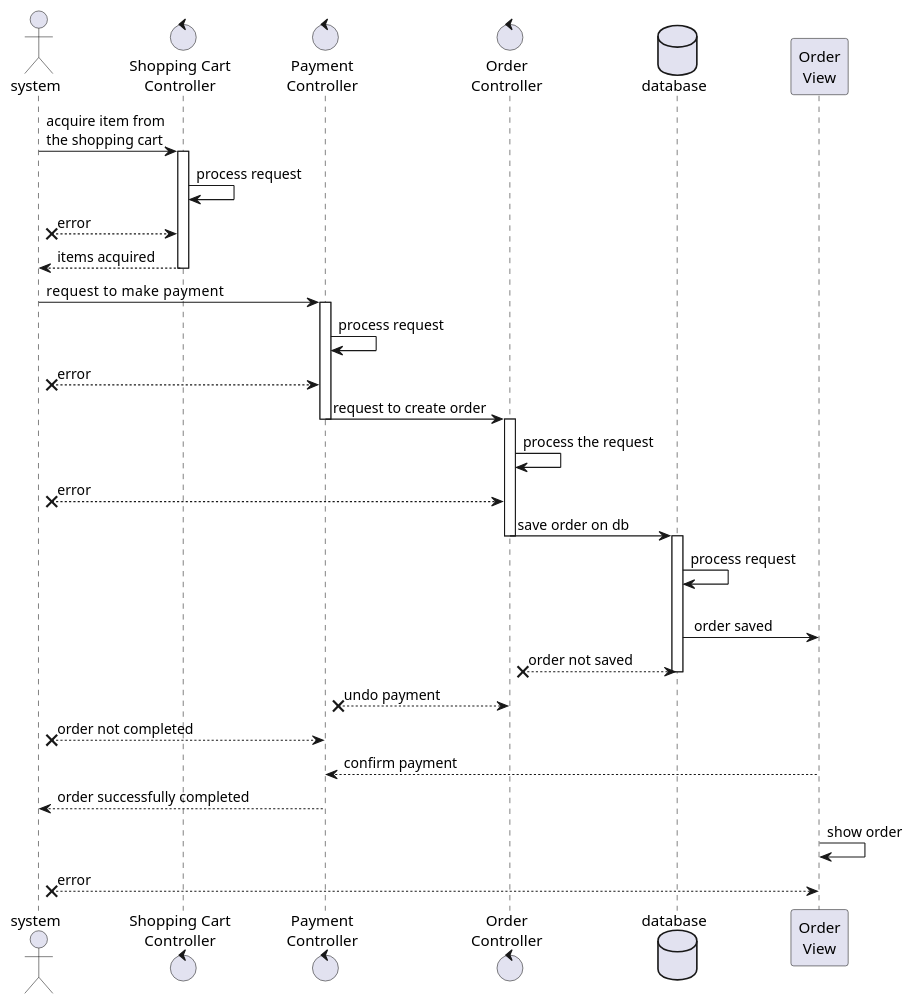
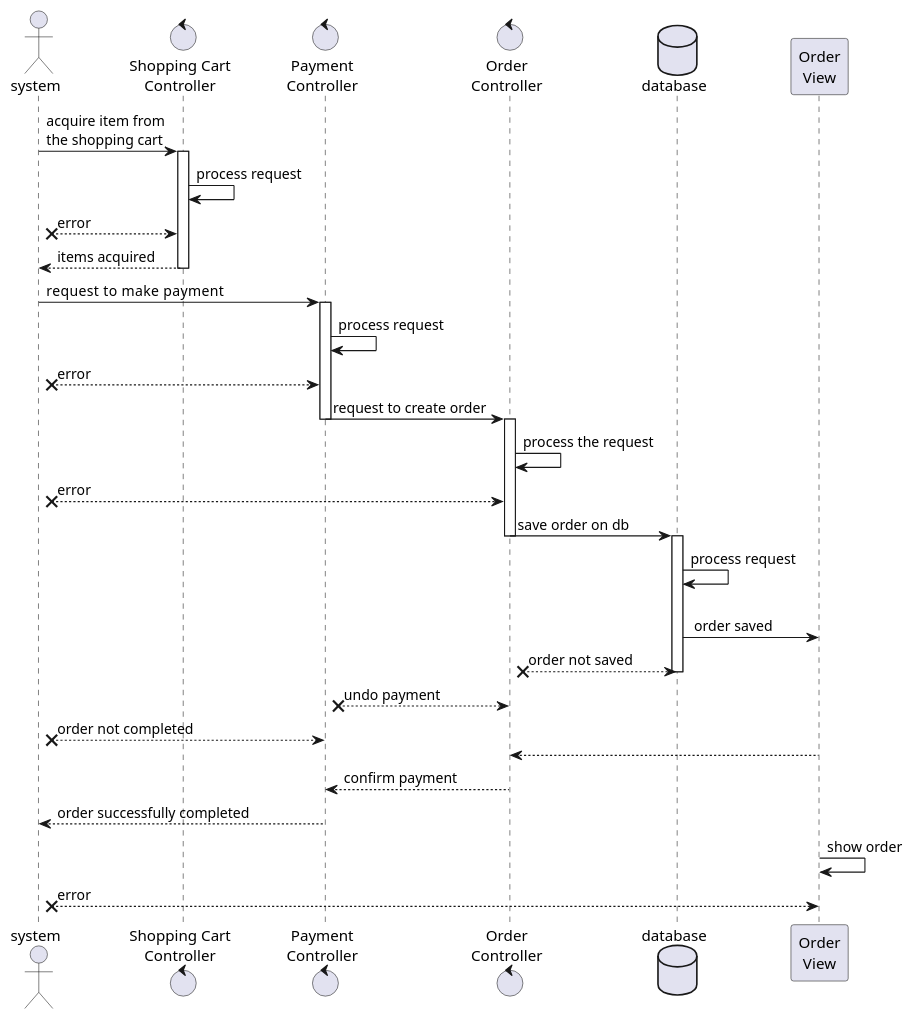
The diagram in src/main/java/unipa/fooddelivery/diagrams/sequence/system/orderProcessing.wsd (TommasoScalici/FoodDelivery), drawn with PlantUML before and after one commit. The commit also changed 8 other files, not shown here.

Commit message:
create sequence diagram updateUserInfo, fix other sequence diagram and create use case for shoppin cart

```diff
--- a/src/main/java/unipa/fooddelivery/diagrams/sequence/system/orderProcessing.wsd
+++ b/src/main/java/unipa/fooddelivery/diagrams/sequence/system/orderProcessing.wsd
@@ -1,46 +1,47 @@
 @startuml orderProcessing
 
 actor system
 control "Shopping Cart\nController" as shopController
 control "Payment\nController" as paymentController
 control "Order\nController" as orderController
 Database database as db
 participant "Order\nView" as orderView
 
 system -> shopController: acquire item from\nthe shopping cart
 
 activate shopController
 shopController -> shopController: process request
 system x-- shopController: error
 system <-- shopController: items acquired
 deactivate shopController
 
 system -> paymentController: request to make   payment
 
 activate paymentController
 paymentController -> paymentController: process request
 system x-- paymentController: error
 paymentController -> orderController: request to create order
 deactivate paymentController
 
 activate orderController
 orderController -> orderController: process the request
 system x-- orderController: error
 orderController -> db: save order on db
 deactivate orderController
 
 activate db
 db -> db : process request
 db -> orderView : \n order saved
 
 orderController x-- db : order not saved
 deactivate db
 
 paymentController x-- orderController : undo payment
 system x-- paymentController : order not completed
-paymentController <-- orderView : confirm payment
+orderController <-- orderView : 
+paymentController <-- orderController : confirm payment
 system <-- paymentController : order successfully completed
 orderView -> orderView : show order
 system x-- orderView : error
 
 @enduml 
```
